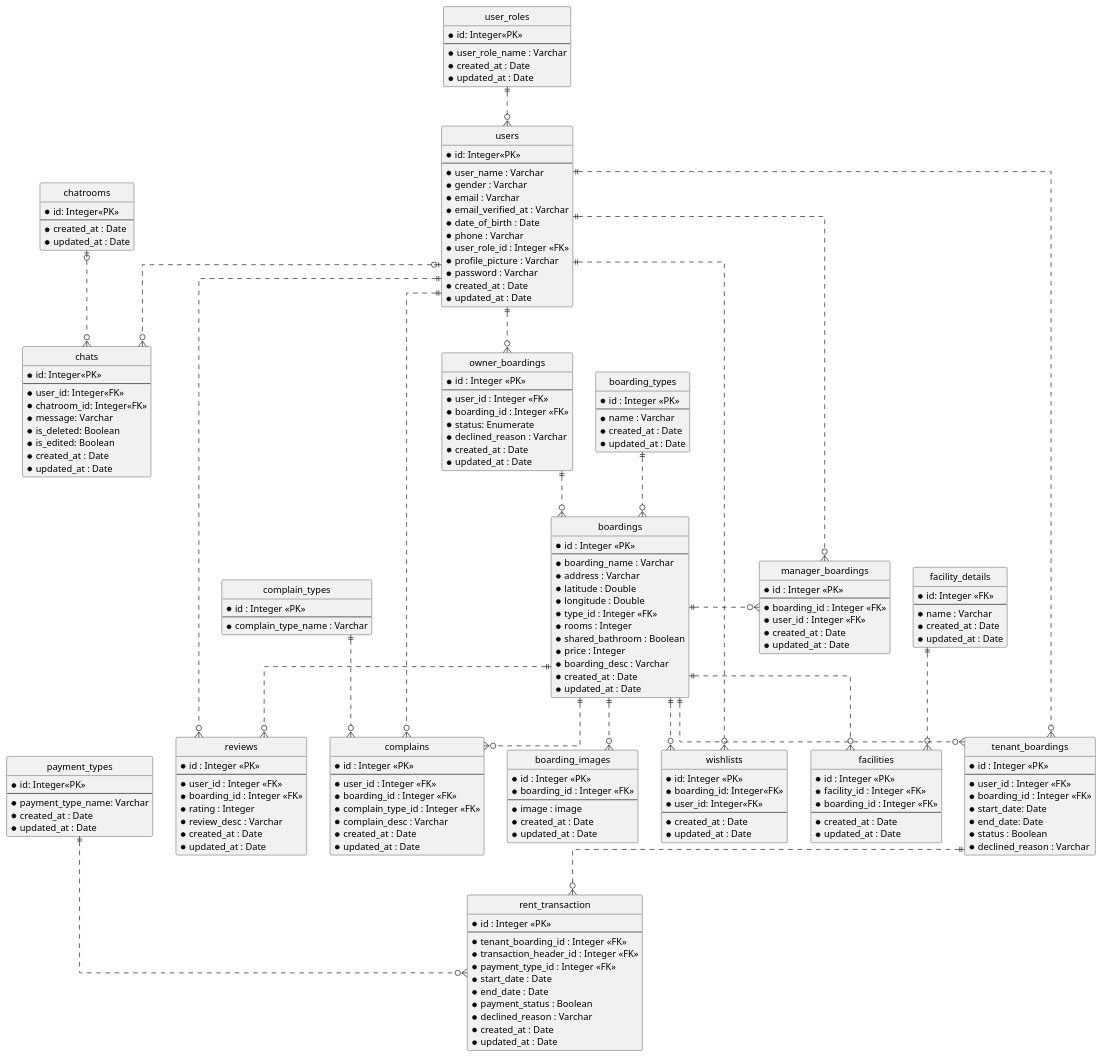
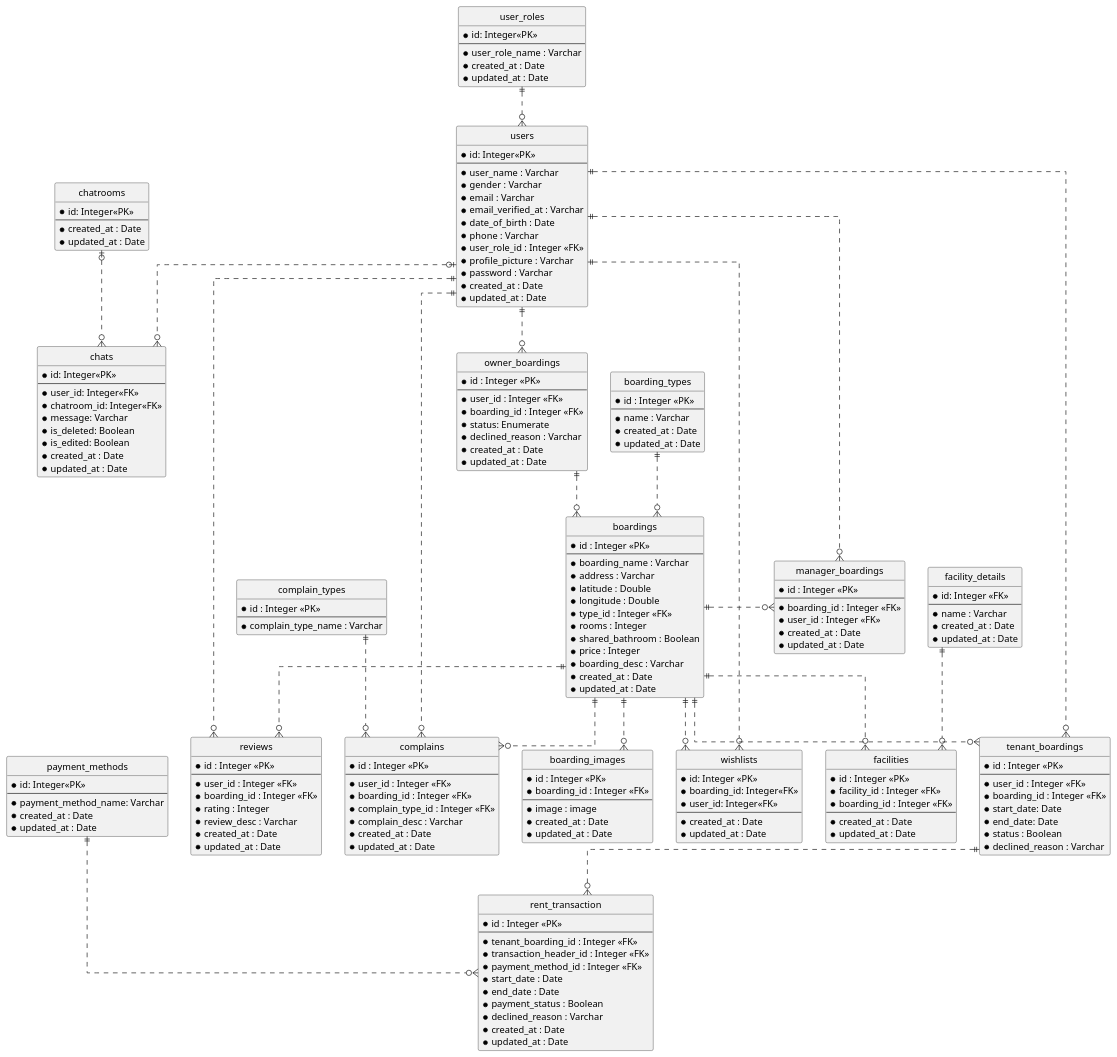
The diagram in Design/BHFMS_ERD.puml (AntWort21/BHFMS), drawn with PlantUML before and after one commit. The commit also changed 20 other files, not shown here.

```diff
--- a/Design/BHFMS_ERD.puml
+++ b/Design/BHFMS_ERD.puml
@@ -96,7 +96,7 @@
   --
   *tenant_boarding_id : Integer <<FK>>
   *transaction_header_id : Integer <<FK>> 
-  *payment_type_id : Integer <<FK>>
+  *payment_method_id : Integer <<FK>>
   *start_date : Date
   *end_date : Date
   *payment_status : Boolean
@@ -172,10 +172,10 @@
   *updated_at : Date
 }
 
-entity "payment_types" as pymnt {
+entity "payment_methods" as pymnt {
   *id: Integer<<PK>>
   --
-  *payment_type_name: Varchar
+  *payment_method_name: Varchar
   *created_at : Date
   *updated_at : Date
 }
```
